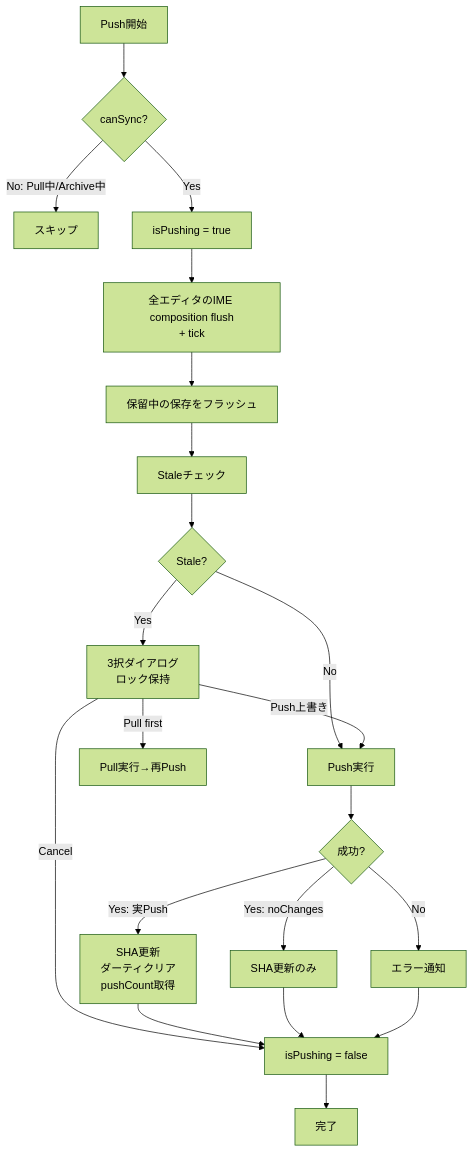
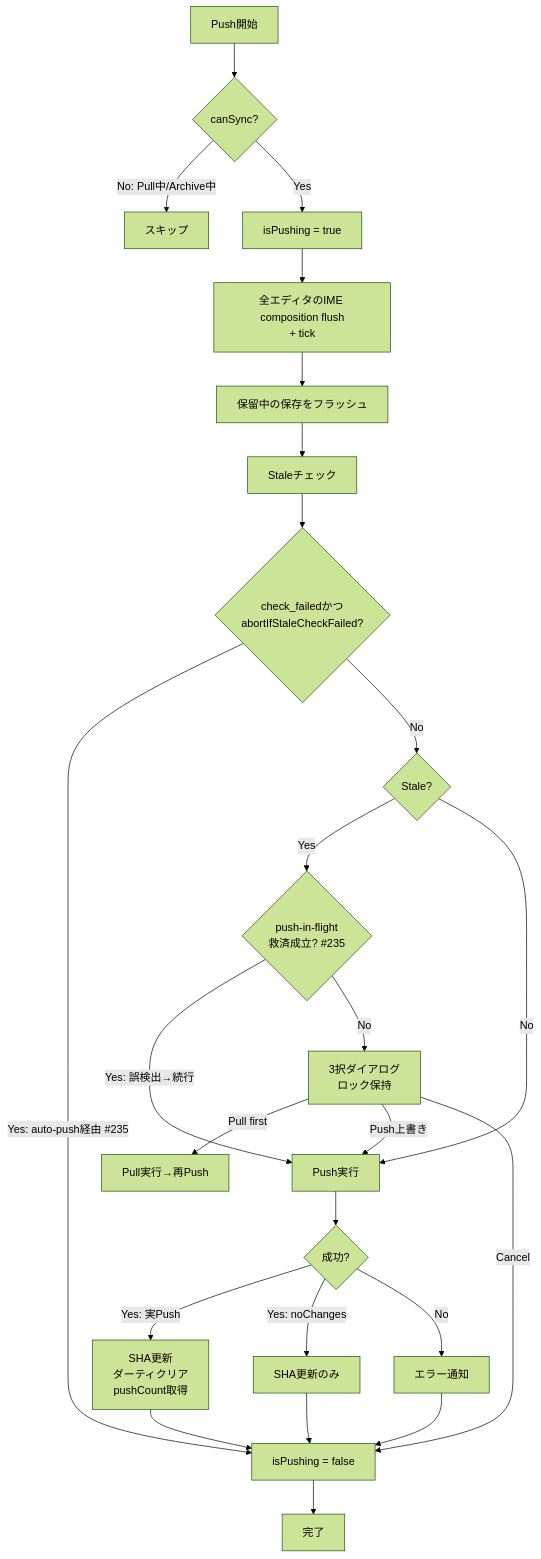
Before and after one commit to kako-jun/agasteer: the first of 6 diagrams in docs/development/sync/push-pull.md, drawn with Mermaid (forest theme). The commit also changed other lines of this file and 5 other files, not shown here.

````diff
--- a/docs/development/sync/push-pull.md
+++ b/docs/development/sync/push-pull.md
@@ -89,23 +93,27 @@
 ```mermaid
 flowchart TD
     Start[Push開始] --> Check1{canSync?}
     Check1 -->|No: Pull中/Archive中| End1[スキップ]
     Check1 -->|Yes| Lock[isPushing = true]
     Lock --> FlushIME[全エディタのIME composition flush<br/>+ tick]
     FlushIME --> Flush[保留中の保存をフラッシュ]
     Flush --> Stale[Staleチェック]
-    Stale --> Check2{Stale?}
-    Check2 -->|Yes| Confirm[3択ダイアログ<br/>ロック保持]
+    Stale --> CheckFail{check_failedかつ<br/>abortIfStaleCheckFailed?}
+    CheckFail -->|Yes: auto-push経由 #235| Unlock
+    CheckFail -->|No| Check2{Stale?}
+    Check2 -->|Yes| Rescue{push-in-flight<br/>救済成立? #235}
     Check2 -->|No| Push
+    Rescue -->|Yes: 誤検出→続行| Push
+    Rescue -->|No| Confirm[3択ダイアログ<br/>ロック保持]
     Confirm -->|Pull first| PullFirst[Pull実行→再Push]
     Confirm -->|Push上書き| Push[Push実行]
     Confirm -->|Cancel| Unlock
     Push --> Success{成功?}
     Success -->|Yes: 実Push| Clear[SHA更新<br/>ダーティクリア<br/>pushCount取得]
     Success -->|Yes: noChanges| ShaOnly[SHA更新のみ]
     Success -->|No| Notify[エラー通知]
     Clear --> Unlock[isPushing = false]
     ShaOnly --> Unlock
     Notify --> Unlock
     Unlock --> End2[完了]
 ```
````
